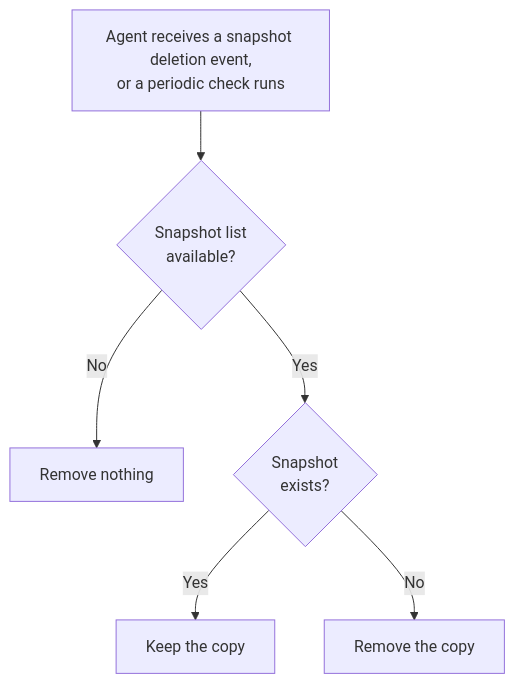
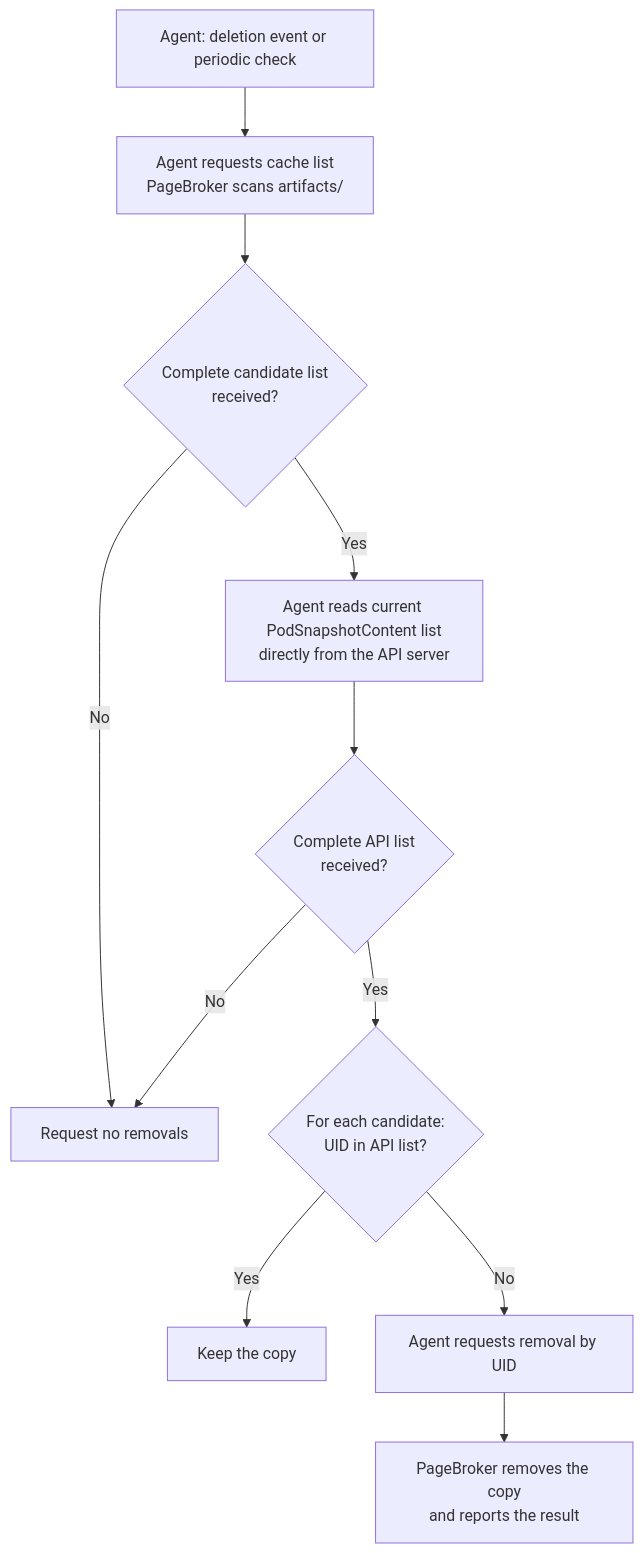
One commit to ai-dynamo/snapshot changed the third of 3 diagrams in docs/design/644-node-cache/README.md. Above: the diagram before and after it, drawn with Mermaid. The commit also changed other lines of this file, not shown here.

First line of the commit message:
docs(snep): clarify cache ownership, restore, and cleanup

````diff
--- a/docs/design/644-node-cache/README.md
+++ b/docs/design/644-node-cache/README.md
@@ -355,8 +373,13 @@
 ```mermaid
 flowchart TD
-    A["Agent receives a snapshot deletion event,<br/>or a periodic check runs"] --> B{"Snapshot list<br/>available?"}
-    B -->|"No"| C["Remove nothing"]
-    B -->|"Yes"| D{"Snapshot<br/>exists?"}
-    D -->|"Yes"| E["Keep the copy"]
-    D -->|"No"| F["Remove the copy"]
+    A["Agent: deletion event or periodic check"] --> B["Agent requests cache list<br/>PageBroker scans artifacts/"]
+    B --> C{"Complete candidate list<br/>received?"}
+    C -->|"No"| D["Request no removals"]
+    C -->|"Yes"| E["Agent reads current PodSnapshotContent list<br/>directly from the API server"]
+    E --> F{"Complete API list<br/>received?"}
+    F -->|"No"| D
+    F -->|"Yes"| G{"For each candidate:<br/>UID in API list?"}
+    G -->|"Yes"| H["Keep the copy"]
+    G -->|"No"| I["Agent requests removal by UID"]
+    I --> J["PageBroker removes the copy<br/>and reports the result"]
 ```
````
